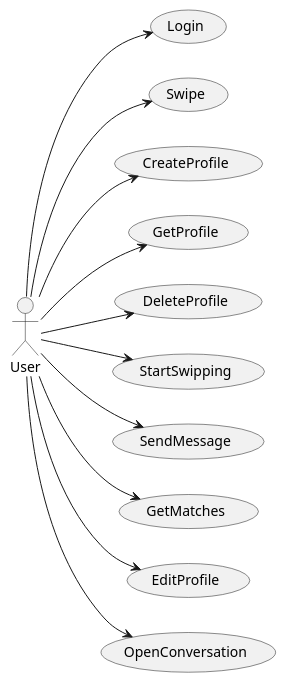
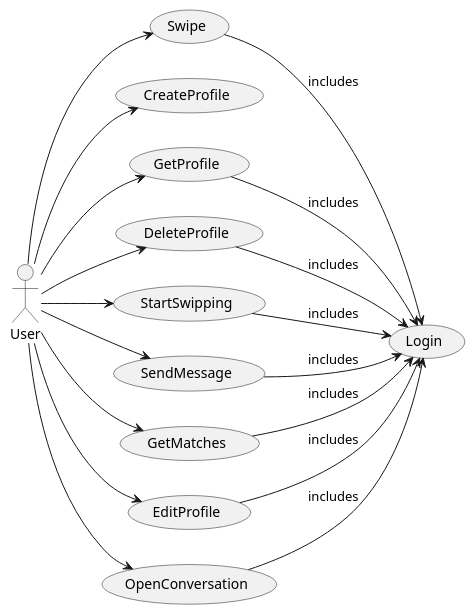
The diagram in docs/src/use-cases/ main.puml (fraylopez/tinder), drawn with PlantUML before and after one commit. The commit also changed 2 other files, not shown here.

```diff
--- a/docs/src/use-cases/ main.puml
+++ b/docs/src/use-cases/ main.puml
@@ -1,34 +1,40 @@
 @startuml
 left to right direction
 
 actor User
 
 usecase Login
 usecase Swipe
 usecase CreateProfile 
 
 usecase GetProfile 
 usecase DeleteProfile 
 usecase StartSwipping
 usecase SendMessage
 usecase GetMatches
 
 usecase EditProfile 
 usecase StartSwipping
 usecase SendMessage
 usecase OpenConversation
 
-User --> Login
 User --> CreateProfile
 User --> DeleteProfile
 User --> EditProfile
 User --> GetProfile
 User --> SendMessage
 User --> OpenConversation
 User --> GetMatches
 User --> StartSwipping
 User --> Swipe
 
-
+DeleteProfile --> Login: includes
+EditProfile --> Login: includes
+GetProfile --> Login: includes
+SendMessage --> Login: includes
+OpenConversation --> Login: includes
+GetMatches --> Login: includes
+StartSwipping --> Login: includes
+Swipe --> Login: includes
 
 @enduml
```
